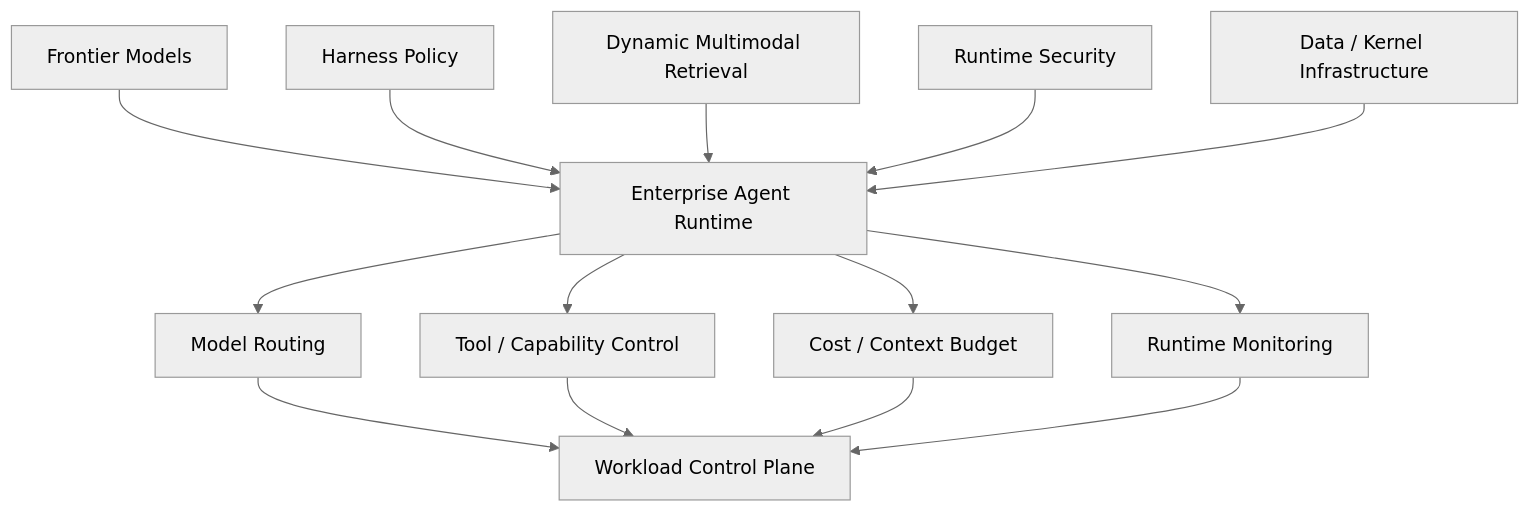
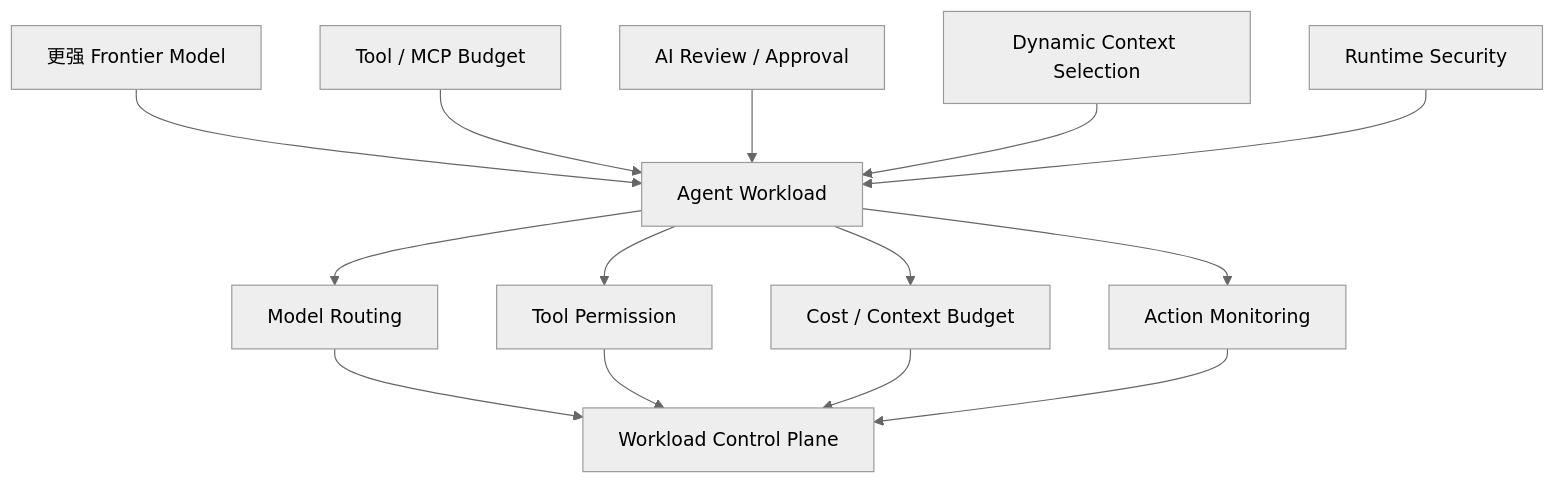
One commit to wlf186/ai-daily-headlines changed diagram 12 of 24 in 260902.md. Above: the diagram before and after it, drawn with Mermaid (neutral theme). The commit also changed other lines of this file, not shown here.

````diff
--- a/260902.md
+++ b/260902.md
@@ -659,16 +713,16 @@
 ```mermaid
 flowchart TD
-    T1[Frontier Models] --> T6[Enterprise Agent Runtime]
-    T2[Harness Policy] --> T6
-    T3[Dynamic Multimodal Retrieval] --> T6
-    T4[Runtime Security] --> T6
-    T5[Data / Kernel Infrastructure] --> T6
+    T1[更强 Frontier Model] --> T6[Agent Workload]
+    T2[Tool / MCP Budget] --> T6
+    T3[AI Review / Approval] --> T6
+    T4[Dynamic Context Selection] --> T6
+    T5[Runtime Security] --> T6
     T6 --> T7[Model Routing]
-    T6 --> T8[Tool / Capability Control]
+    T6 --> T8[Tool Permission]
     T6 --> T9[Cost / Context Budget]
-    T6 --> T10[Runtime Monitoring]
+    T6 --> T10[Action Monitoring]
     T7 --> T11[Workload Control Plane]
     T8 --> T11
     T9 --> T11
     T10 --> T11
 ```
````
